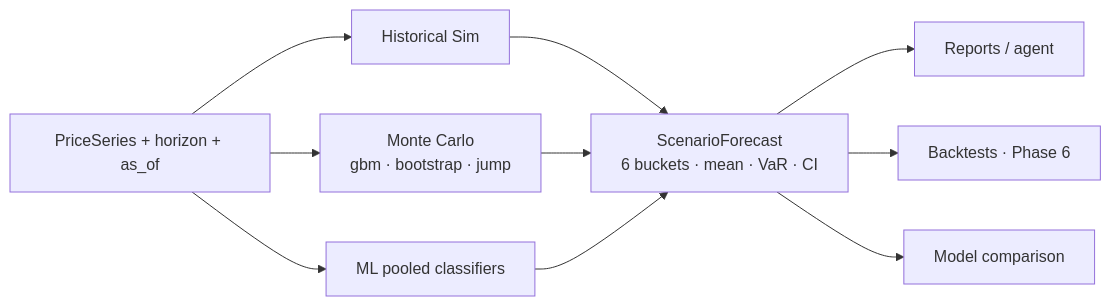
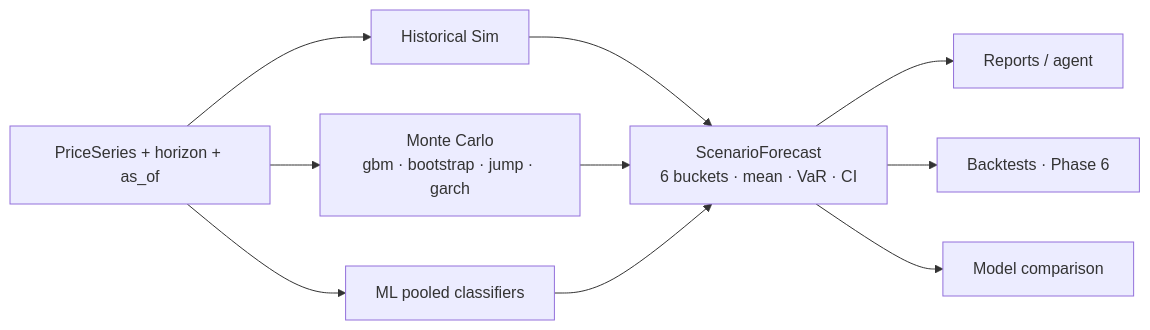
One commit to truongbnguyen88/ai-stock-analysis changed the first of 7 diagrams in docs/models_explanation.md. Above: the diagram before and after it, drawn with Mermaid. The commit also changed other lines of this file and 3 other files, not shown here.

First line of the commit message:
docs: document GARCH — modeling concepts + ARCHITECTURE/ROADMAP/TASKS current

````diff
--- a/docs/models_explanation.md
+++ b/docs/models_explanation.md
@@ -72,13 +72,13 @@
 ```mermaid
 flowchart LR
     PS["PriceSeries + horizon + as_of"]
     PS --> H["Historical Sim"]
-    PS --> M["Monte Carlo<br/>gbm · bootstrap · jump"]
+    PS --> M["Monte Carlo<br/>gbm · bootstrap · jump · garch"]
     PS --> L["ML pooled classifiers"]
     H --> SF["ScenarioForecast<br/>6 buckets · mean · VaR · CI"]
     M --> SF
     L --> SF
     SF --> RP["Reports / agent"]
     SF --> BT["Backtests · Phase 6"]
     SF --> CMP["Model comparison"]
 ```
````
